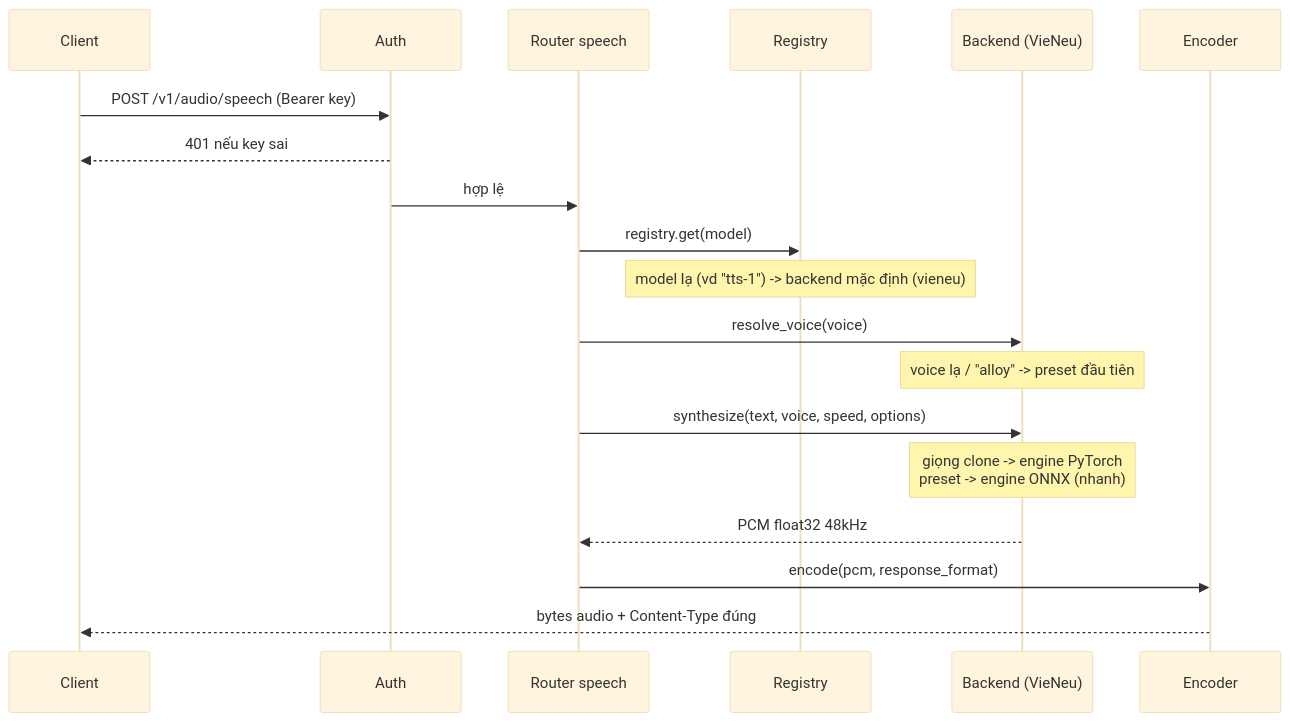
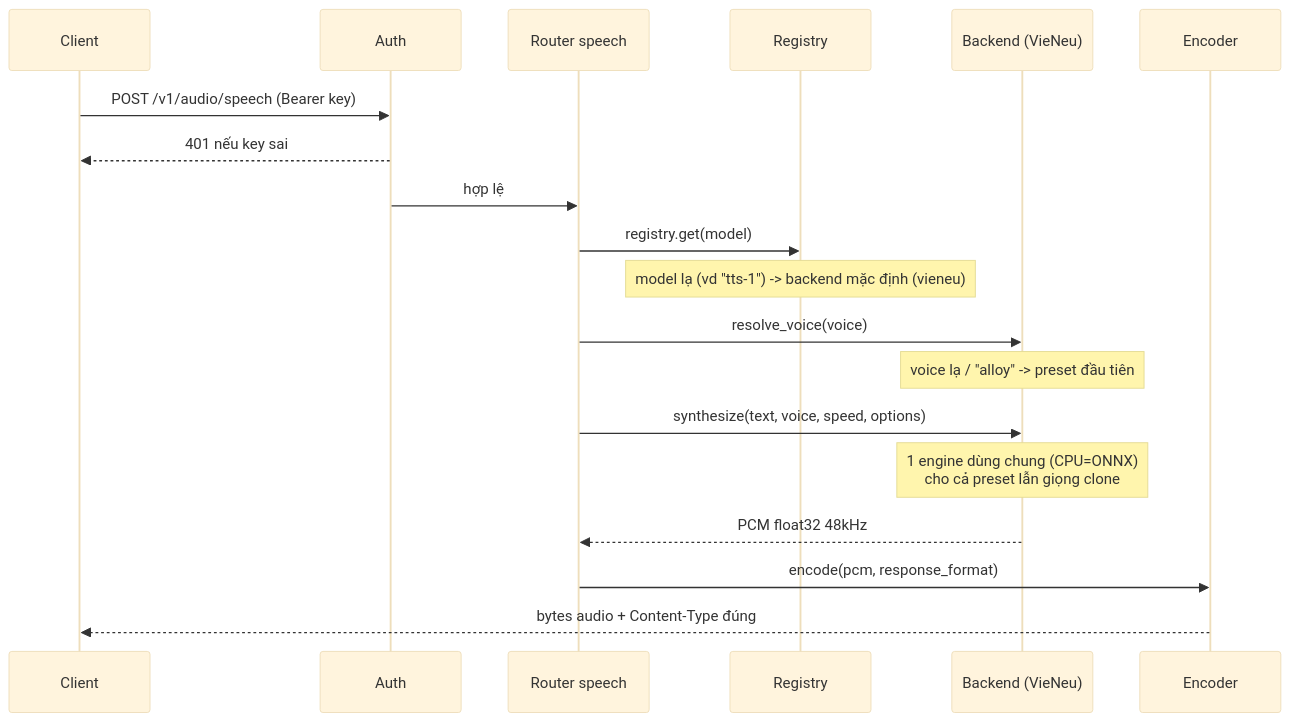
One commit to truongqv12/all_voice changed the second of 4 diagrams in docs/kien-truc-va-mo-rong.md. Above: the diagram before and after it, drawn with Mermaid (base theme). The commit also changed other lines of this file and 9 other files, not shown here.

````diff
--- a/docs/kien-truc-va-mo-rong.md
+++ b/docs/kien-truc-va-mo-rong.md
@@ -59,22 +58,22 @@
 ```mermaid
 sequenceDiagram
     participant C as Client
     participant A as Auth
     participant R as Router speech
     participant G as Registry
     participant B as Backend (VieNeu)
     participant E as Encoder
 
     C->>A: POST /v1/audio/speech (Bearer key)
     A-->>C: 401 nếu key sai
     A->>R: hợp lệ
     R->>G: registry.get(model)
     Note over G: model lạ (vd "tts-1") -> backend mặc định (vieneu)
     R->>B: resolve_voice(voice)
     Note over B: voice lạ / "alloy" -> preset đầu tiên
     R->>B: synthesize(text, voice, speed, options)
-    Note over B: giọng clone -> engine PyTorch<br/>preset -> engine ONNX (nhanh)
+    Note over B: 1 engine dùng chung (CPU=ONNX)<br/>cho cả preset lẫn giọng clone
     B-->>R: PCM float32 48kHz
     R->>E: encode(pcm, response_format)
     E-->>C: bytes audio + Content-Type đúng
 ```
````
